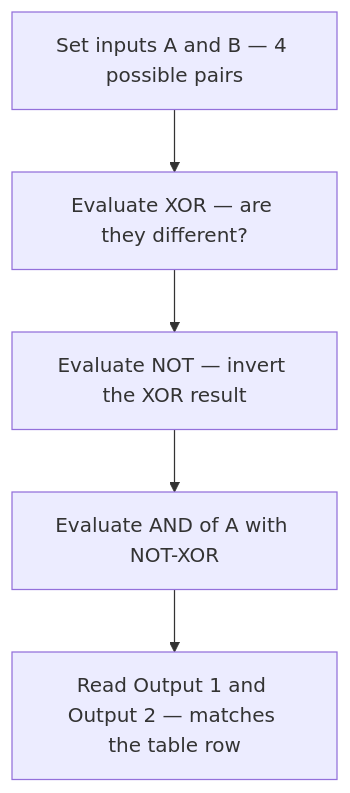
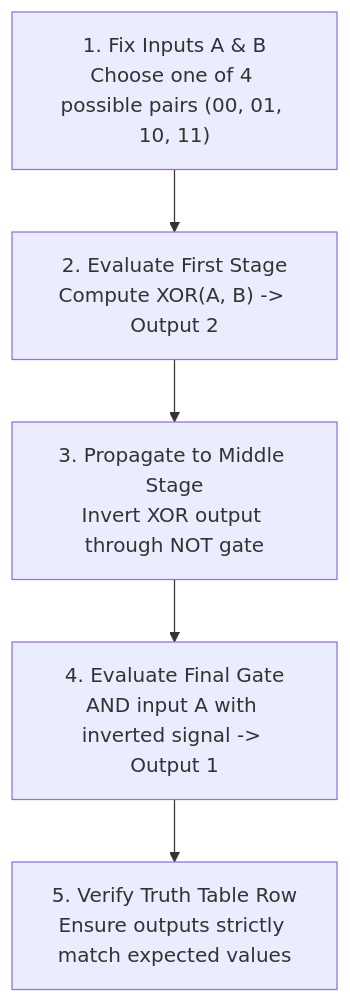
One commit to 1345AbhishekKumar/cs-cookbook changed the third of 3 diagrams in content/docs/computer-basics/it-support/04-logic-gates-and-circuits.mdx. Above: the diagram before and after it, drawn with Mermaid. The commit also changed other lines of this file and 299 other files, not shown here.

````diff
--- a/content/docs/computer-basics/it-support/04-logic-gates-and-circuits.mdx
+++ b/content/docs/computer-basics/it-support/04-logic-gates-and-circuits.mdx
@@ -255,7 +292,7 @@
 ```mermaid
 flowchart TD
-    S["Set inputs A and B — 4 possible pairs"] --> X["Evaluate XOR — are they different?"]
-    X --> N["Evaluate NOT — invert the XOR result"]
-    N --> F["Evaluate AND of A with NOT-XOR"]
-    F --> R["Read Output 1 and Output 2 — matches the table row"]
+    S["1. Fix Inputs A & B<br/>Choose one of 4 possible pairs (00, 01, 10, 11)"] --> X["2. Evaluate First Stage<br/>Compute XOR(A, B) -> Output 2"]
+    X --> N["3. Propagate to Middle Stage<br/>Invert XOR output through NOT gate"]
+    N --> F["4. Evaluate Final Gate<br/>AND input A with inverted signal -> Output 1"]
+    F --> R["5. Verify Truth Table Row<br/>Ensure outputs strictly match expected values"]
 ```
````
